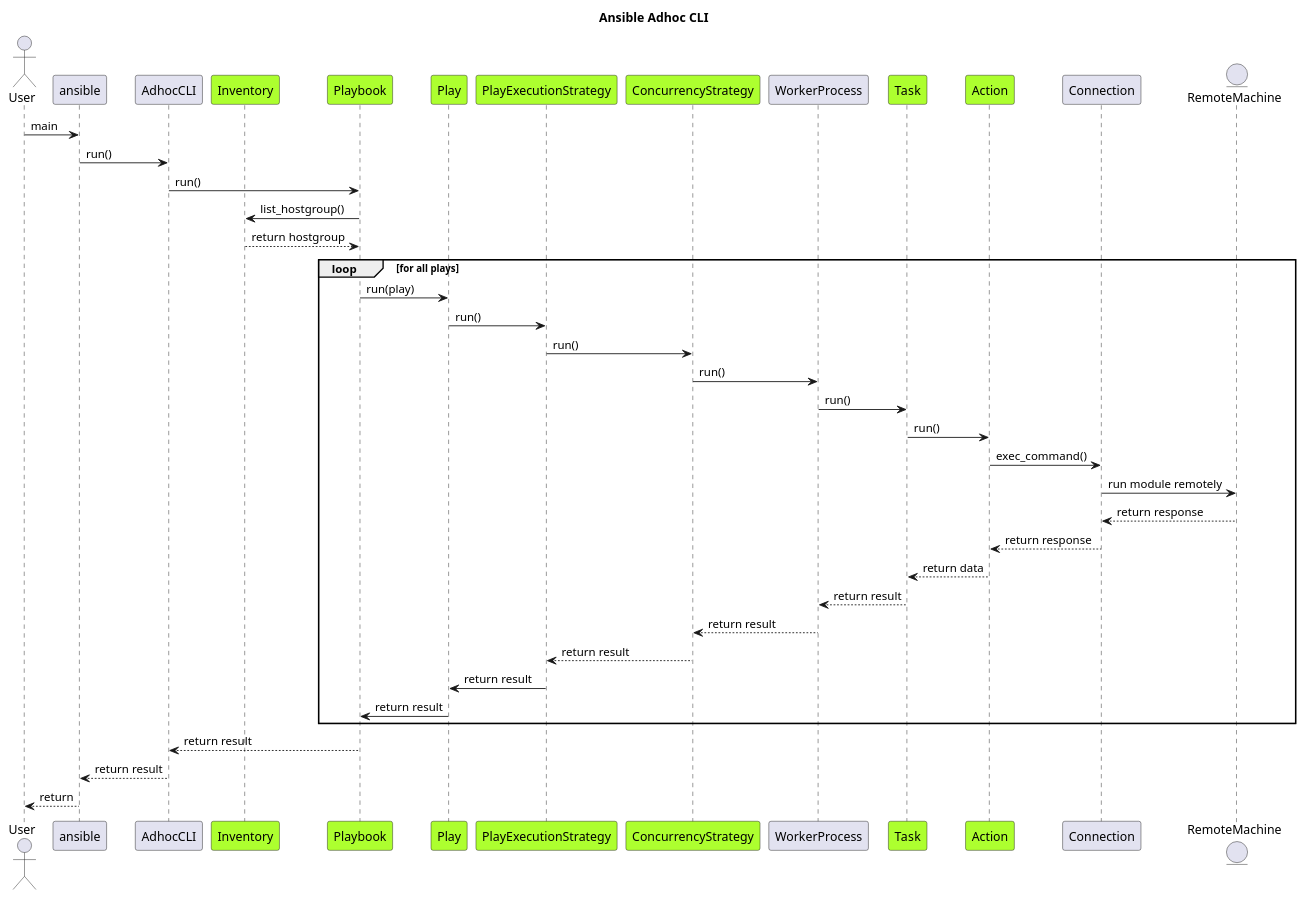
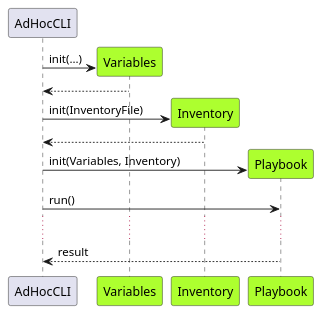
One commit to ezequiels/nazz changed the diagram in project/uml/SequenceDiagram/AdhocCLI_Revised.puml. Above: the diagram before and after it, drawn with PlantUML. The commit also changed 11 other files, not shown here.

Commit message:
Move CLI sequence diagrams to different folder. Update domain diagrams.

```diff
--- a/project/uml/SequenceDiagram/AdhocCLI_Revised.puml
+++ b/project/uml/SequenceDiagram/AdhocCLI_Revised.puml
@@ -1,51 +1,20 @@
 @startuml
 
-'skinparam backgroundcolor transparent
-
-title Ansible Adhoc CLI
-actor User
-User->ansible: main
-ansible->AdhocCLI: run()
-
+participant AdHocCLI
+participant Variables #GreenYellow
 participant Inventory #GreenYellow
 participant Playbook #GreenYellow
-AdhocCLI->Playbook: run()
 
-Playbook->Inventory: list_hostgroup()
-Inventory-->Playbook: return hostgroup
-
-participant Play #GreenYellow
-participant PlayExecutionStrategy #GreenYellow
-participant ConcurrencyStrategy #GreenYellow
-
-
-loop for all plays
-    Playbook -> Play:run(play)
-    Play -> PlayExecutionStrategy: run()
-    PlayExecutionStrategy -> ConcurrencyStrategy: run()
-    ConcurrencyStrategy -> WorkerProcess: run()
-
-    participant Task #GreenYellow
-    participant Action #GreenYellow
-
-    WorkerProcess -> Task: run()
-    Task -> Action: run()
-    Action -> Connection: exec_command()
-    entity RemoteMachine
-    Connection -> RemoteMachine:run module remotely
-    Connection <-- RemoteMachine: return response
-    Action <-- Connection: return response
-    Action --> Task: return data
-    Task --> WorkerProcess: return result
-    WorkerProcess --> ConcurrencyStrategy: return result
-    ConcurrencyStrategy --> PlayExecutionStrategy: return result
-    PlayExecutionStrategy->Play: return result
-    Play->Playbook: return result
-
-end
-Playbook-->AdhocCLI: return result
-AdhocCLI-->ansible: return result
-ansible-->User: return
-
+create Variables
+AdHocCLI -> Variables: init(...)
+Variables --> AdHocCLI
+create Inventory
+AdHocCLI -> Inventory: init(InventoryFile)
+Inventory --> AdHocCLI
+create Playbook
+AdHocCLI -> Playbook: init(Variables, Inventory)
+AdHocCLI -> Playbook: run()
+...
+Playbook --> AdHocCLI: result
 
 @enduml
```
